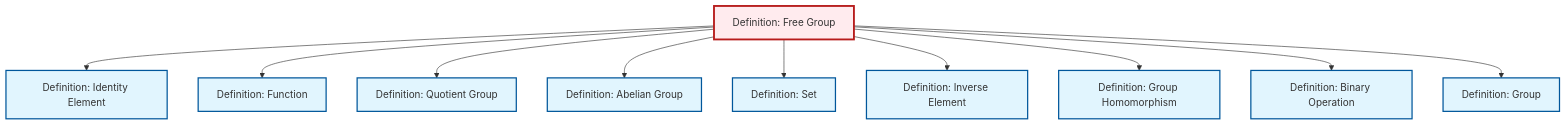
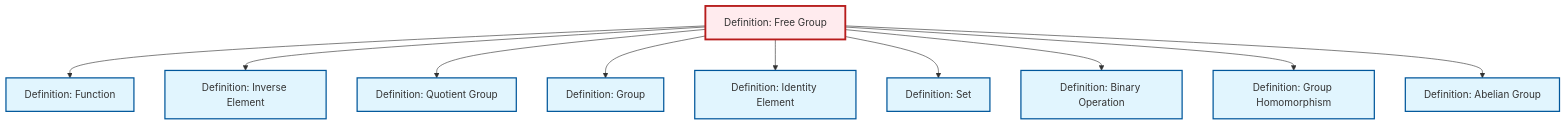
The diagram in content/en/algebra/def-free-group.qmd (RK0429/ModernMath), drawn with Mermaid before and after one commit. The commit also changed other lines of this file and 672 other files, not shown here.

````diff
--- a/content/en/algebra/def-free-group.qmd
+++ b/content/en/algebra/def-free-group.qmd
@@ -100,38 +100,38 @@
 ```{mermaid}
 %%| fig-cap: "Local dependency graph"
 graph TD
     classDef definition fill:#e1f5fe,stroke:#01579b,stroke-width:2px
     classDef theorem fill:#f3e5f5,stroke:#4a148c,stroke-width:2px
     classDef axiom fill:#fff3e0,stroke:#e65100,stroke-width:2px
     classDef example fill:#e8f5e9,stroke:#1b5e20,stroke-width:2px
     classDef current fill:#ffebee,stroke:#b71c1c,stroke-width:3px
-    def-identity-element["Definition: Identity Element"]:::definition
+    def-inverse-element["Definition: Inverse Element"]:::definition
+    def-set["Definition: Set"]:::definition
+    def-quotient-group["Definition: Quotient Group"]:::definition
     def-binary-operation["Definition: Binary Operation"]:::definition
-    def-inverse-element["Definition: Inverse Element"]:::definition
-    def-free-group["Definition: Free Group"]:::definition
-    def-set["Definition: Set"]:::definition
-    def-abelian-group["Definition: Abelian Group"]:::definition
     def-function["Definition: Function"]:::definition
     def-homomorphism["Definition: Group Homomorphism"]:::definition
-    def-quotient-group["Definition: Quotient Group"]:::definition
+    def-free-group["Definition: Free Group"]:::definition
     def-group["Definition: Group"]:::definition
+    def-identity-element["Definition: Identity Element"]:::definition
+    def-abelian-group["Definition: Abelian Group"]:::definition
+    def-free-group --> def-function
+    def-free-group --> def-inverse-element
+    def-free-group --> def-quotient-group
+    def-free-group --> def-group
     def-free-group --> def-identity-element
-    def-free-group --> def-function
-    def-free-group --> def-quotient-group
+    def-free-group --> def-set
+    def-free-group --> def-binary-operation
+    def-free-group --> def-homomorphism
     def-free-group --> def-abelian-group
-    def-free-group --> def-set
-    def-free-group --> def-inverse-element
-    def-free-group --> def-homomorphism
-    def-free-group --> def-binary-operation
-    def-free-group --> def-group
     class def-free-group current
-    click def-identity-element "def-identity-element.html" "Go to Identity Element definition"
-    click def-binary-operation "def-binary-operation.html" "Go to Binary Operation definition"
     click def-inverse-element "def-inverse-element.html" "Go to Inverse Element definition"
     click def-set "def-set.html" "Go to Set definition"
-    click def-abelian-group "def-abelian-group.html" "Go to Abelian Group definition"
+    click def-quotient-group "def-quotient-group.html" "Go to Quotient Group definition"
+    click def-binary-operation "def-binary-operation.html" "Go to Binary Operation definition"
     click def-function "def-function.html" "Go to Function definition"
     click def-homomorphism "def-homomorphism.html" "Go to Group Homomorphism definition"
-    click def-quotient-group "def-quotient-group.html" "Go to Quotient Group definition"
     click def-group "def-group.html" "Go to Group definition"
+    click def-identity-element "def-identity-element.html" "Go to Identity Element definition"
+    click def-abelian-group "def-abelian-group.html" "Go to Abelian Group definition"
 ```
````
